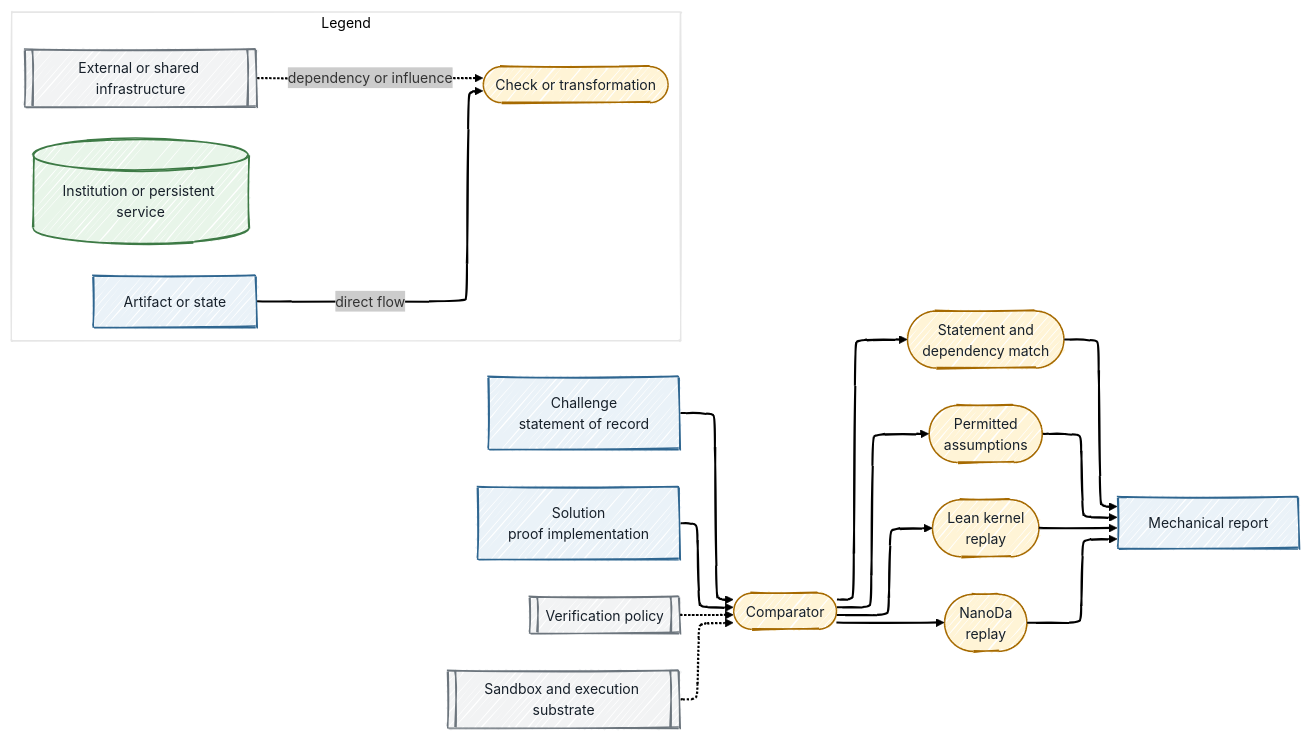
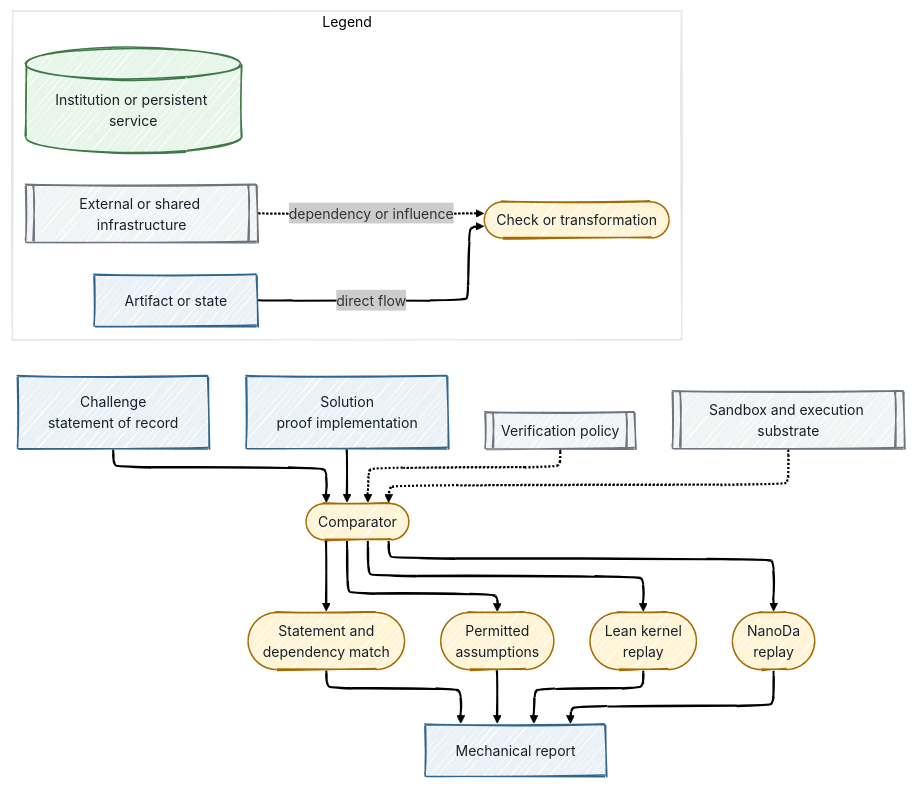
One commit to antomon/antomon.github.io changed the third of 11 diagrams in posts/after-proof-abundance-palomar-and-the-new-infrastructure-of-mathematical-trust/index.qmd. Above: the diagram before and after it, drawn with Mermaid. The commit also changed other lines of this file and 94 other files, not shown here.

````diff
--- a/posts/after-proof-abundance-palomar-and-the-new-infrastructure-of-mathematical-trust/index.qmd
+++ b/posts/after-proof-abundance-palomar-and-the-new-infrastructure-of-mathematical-trust/index.qmd
@@ -155,34 +165,38 @@
 ```{mermaid}
 %%| label: fig-after-proof-abundance-palomar-and-the-new-infrastructure-of-mathematical-trust-challenge-solution-boundary
 %%| fig-cap: 'The protected Challenge and candidate-controlled Solution converge only through the verification pipeline.'
 %%| fig-alt: 'The Challenge fixes the protected statement of record while the Solution supplies proof implementation code. Both enter Comparator, which checks statement and dependency correspondence, permitted assumptions, Lean kernel replay, and NanoDa replay before producing a mechanical report. Policy and the execution substrate influence the checks without becoming submitted artifacts. A legend identifies diagram conventions.'
 %%| fig-align: center
 %%{init: {"theme": "neo", "look": "handDrawn", "layout": "elk"}}%%
-flowchart LR
+flowchart TD
     C[Challenge<br/>statement of record]:::artifact --> X([Comparator]):::process
     S[Solution<br/>proof implementation]:::artifact --> X
 
     X --> M([Statement and<br/>dependency match]):::process
     X --> A([Permitted<br/>assumptions]):::process
     X --> K1([Lean kernel<br/>replay]):::process
     X --> K2([NanoDa<br/>replay]):::process
 
     M --> R[Mechanical report]:::artifact
     A --> R
     K1 --> R
     K2 --> R
 
     P[[Verification policy]]:::external -.-> X
     O[[Sandbox and execution substrate]]:::external -.-> X
 
     subgraph LEG[Legend]
+        direction LR
+
         LA[Artifact or state]:::artifact -->|direct flow| LP([Check or transformation]):::process
         LI[(Institution or persistent service)]:::institution
         LX[[External or shared infrastructure]]:::external -.->|dependency or influence| LP
     end
+
+    LEG ~~~ S
 
     classDef artifact fill:#EAF2F8,stroke:#2F6690,color:#17202A,stroke-width:1.5px
     classDef process fill:#FFF4D6,stroke:#A66A00,color:#17202A,stroke-width:1.5px
     classDef institution fill:#E8F5E9,stroke:#3D7A45,color:#17202A,stroke-width:1.5px
     classDef external fill:#F2F3F4,stroke:#6C757D,color:#17202A,stroke-width:1.5px
 ```
````
